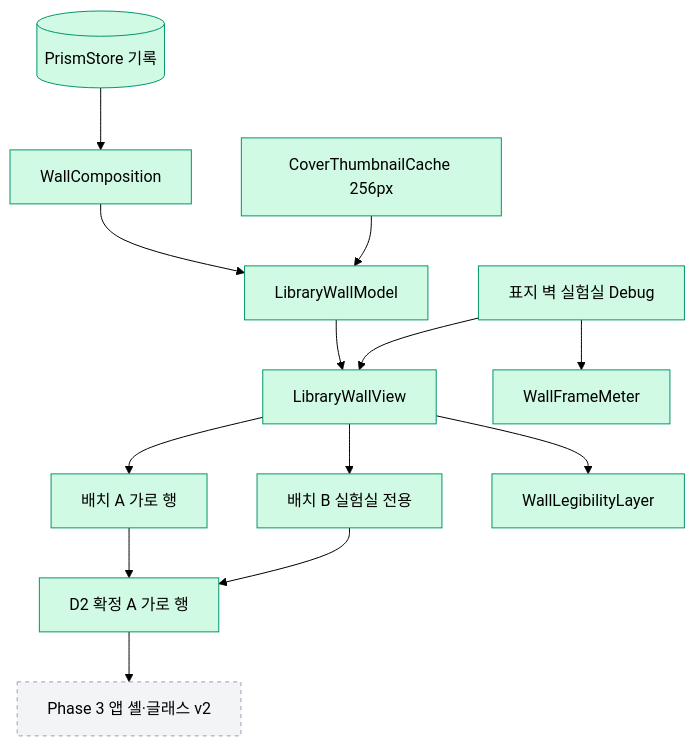
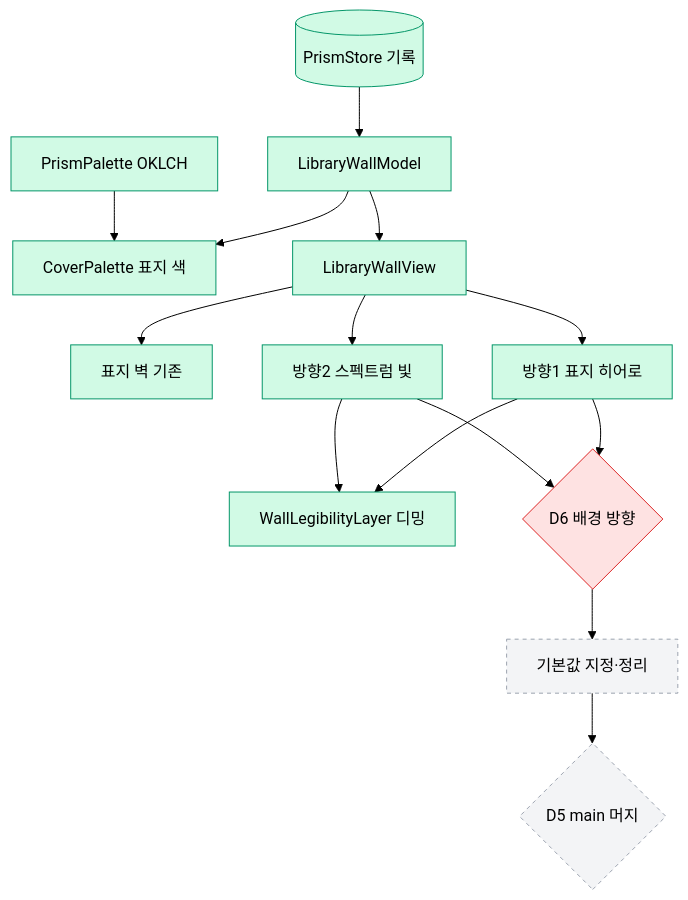
One commit to Nedian0Brien/PrismLog changed the diagram in .sitrep/sessions/20261117-2250-ios-v2-phase0/arch.mmd. Above: the diagram before and after it, drawn with Mermaid (forest theme). The commit also changed 17 other files, not shown here.

First line of the commit message:
feat(ios): 배경 두 방향(표지 히어로·스펙트럼 빛)과 OKLCH 포인트 색

```diff
--- a/.sitrep/sessions/20261117-2250-ios-v2-phase0/arch.mmd
+++ b/.sitrep/sessions/20261117-2250-ios-v2-phase0/arch.mmd
@@ -1,28 +1,29 @@
 flowchart TD
   REC[(PrismStore 기록)]:::done
-  COMP[WallComposition]:::done
   MODEL[LibraryWallModel]:::done
-  CACHE[CoverThumbnailCache 256px]:::done
+  PAL[CoverPalette 표지 색]:::done
+  ACC[PrismPalette OKLCH]:::done
   VIEW[LibraryWallView]:::done
-  A[배치 A 가로 행]:::done
-  B[배치 B 실험실 전용]:::done
-  LEG[WallLegibilityLayer]:::done
-  LAB[표지 벽 실험실 Debug]:::done
-  METER[WallFrameMeter]:::done
-  D2[D2 확정 A 가로 행]:::done
-  P3[Phase 3 앱 셸·글래스 v2]:::todo
-  REC --> COMP --> MODEL
-  CACHE --> MODEL
+  COV[표지 벽 기존]:::done
+  FEAT[방향1 표지 히어로]:::done
+  SPEC[방향2 스펙트럼 빛]:::done
+  LEG[WallLegibilityLayer 디밍]:::done
+  D6{D6 배경 방향}:::decide
+  CLEAN[기본값 지정·정리]:::todo
+  D5{D5 main 머지}:::todo
+  REC --> MODEL
+  MODEL --> PAL
   MODEL --> VIEW
-  VIEW --> A
-  VIEW --> B
-  VIEW --> LEG
-  LAB --> VIEW
-  LAB --> METER
-  A --> D2
-  B --> D2
-  D2 --> P3
+  ACC --> PAL
+  VIEW --> COV
+  VIEW --> FEAT
+  VIEW --> SPEC
+  FEAT --> LEG
+  SPEC --> LEG
+  FEAT --> D6
+  SPEC --> D6
+  D6 --> CLEAN --> D5
   classDef done fill:#d1fae5,stroke:#059669
   classDef doing fill:#fef3c7,stroke:#d97706
   classDef decide fill:#fee2e2,stroke:#dc2626
   classDef todo fill:#f3f4f6,stroke:#9ca3af,stroke-dasharray:4
```
